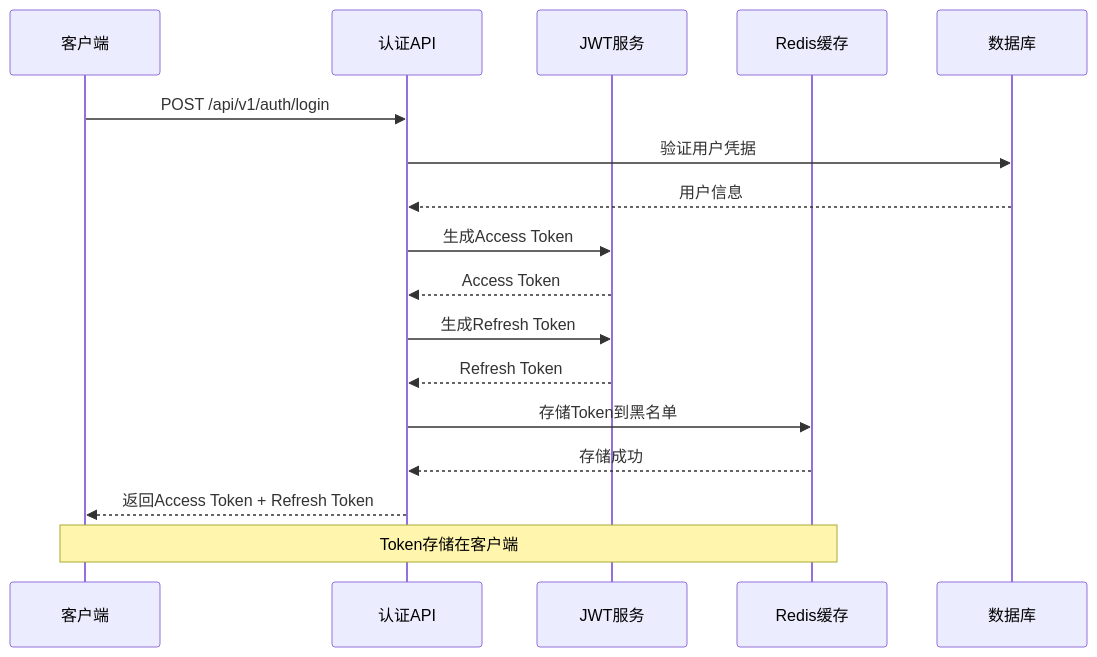
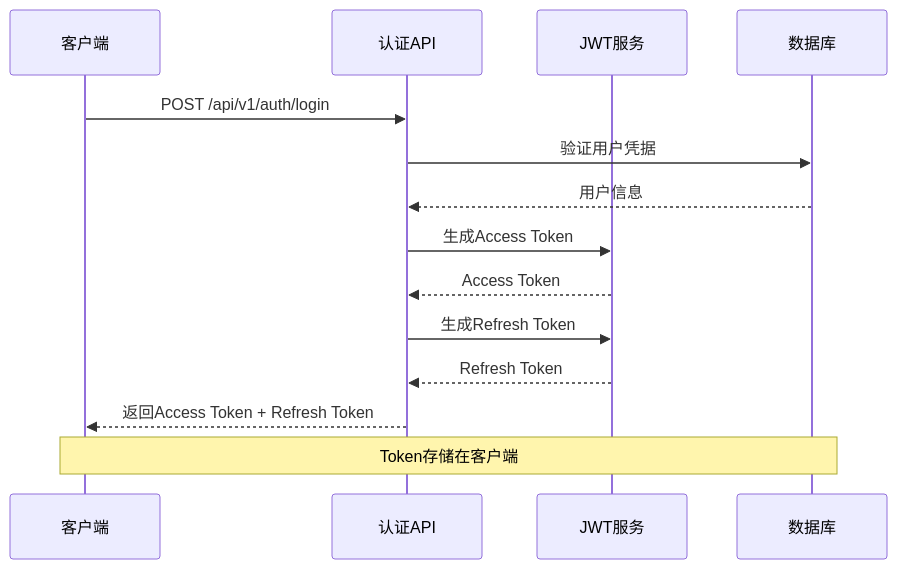
The second of 5 diagrams in .qoder/repowiki/zh/content/安全设计/认证与授权/JWT身份验证.md (wyg5208/website_diy), drawn with Mermaid before and after one commit. The commit also changed other lines of this file and 43 other files, not shown here.

````diff
--- a/.qoder/repowiki/zh/content/安全设计/认证与授权/JWT身份验证.md
+++ b/.qoder/repowiki/zh/content/安全设计/认证与授权/JWT身份验证.md
@@ -97,19 +104,16 @@
 ```mermaid
 sequenceDiagram
 participant Client as 客户端
 participant AuthAPI as 认证API
 participant JWTService as JWT服务
-participant Redis as Redis缓存
 participant DB as 数据库
 Client->>AuthAPI : POST /api/v1/auth/login
 AuthAPI->>DB : 验证用户凭据
 DB-->>AuthAPI : 用户信息
 AuthAPI->>JWTService : 生成Access Token
 JWTService-->>AuthAPI : Access Token
 AuthAPI->>JWTService : 生成Refresh Token
 JWTService-->>AuthAPI : Refresh Token
-AuthAPI->>Redis : 存储Token到黑名单
-Redis-->>AuthAPI : 存储成功
 AuthAPI-->>Client : 返回Access Token + Refresh Token
-Note over Client,Redis : Token存储在客户端
+Note over Client,DB : Token存储在客户端
 ```
````
